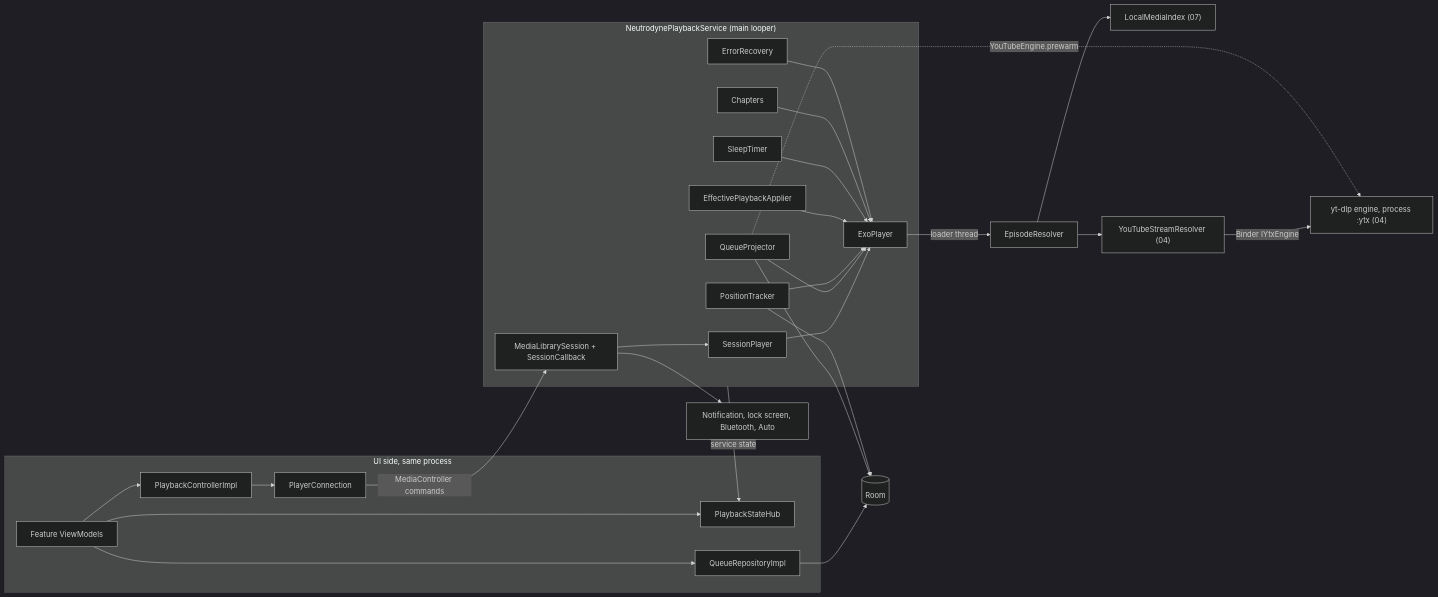
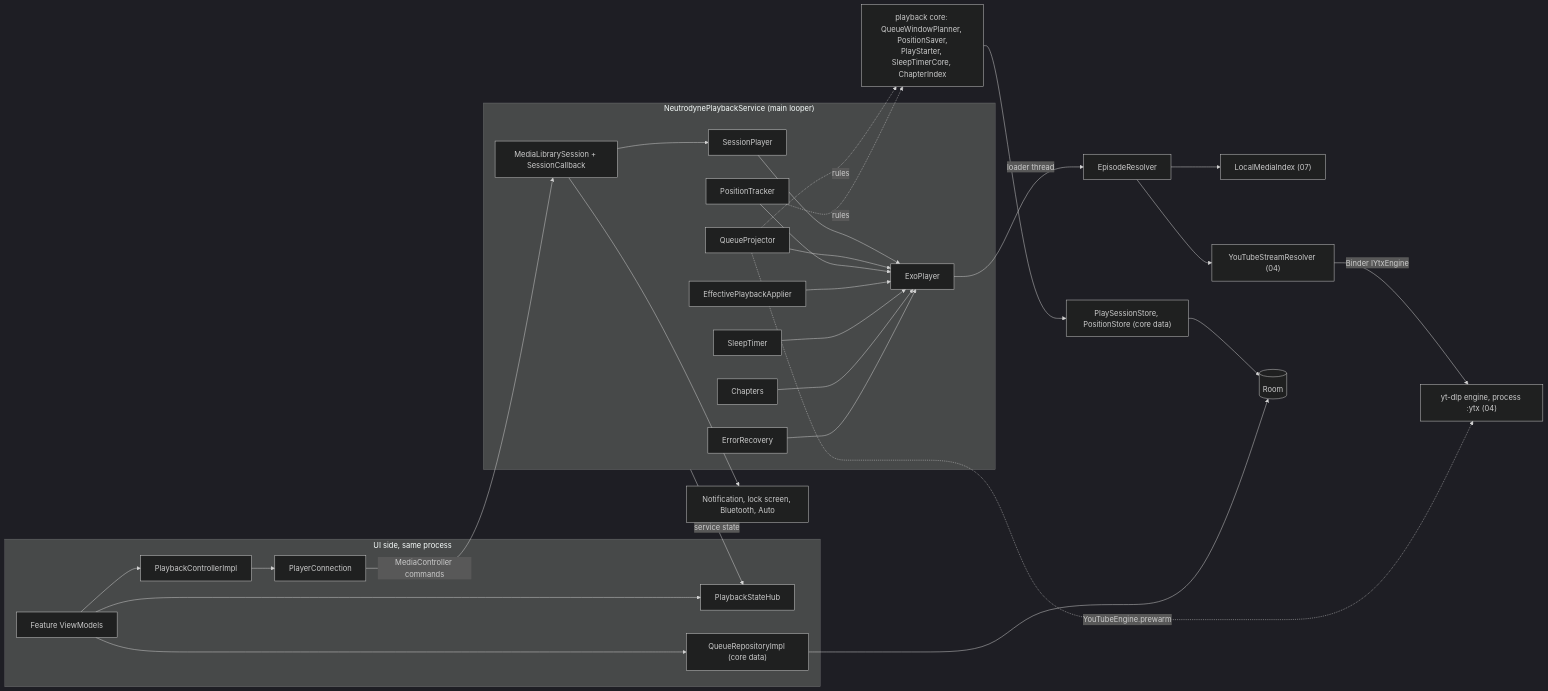
Before and after one commit to BigBoyDevBox/Neutrodyne: the second of 8 diagrams in docs/design/06-playback.md, drawn with Mermaid (dark theme). The commit also changed other lines of this file and 2 other files, not shown here.

````diff
--- a/docs/design/06-playback.md
+++ b/docs/design/06-playback.md
@@ -226,30 +368,32 @@
 ```mermaid
 flowchart LR
   subgraph UI["UI side, same process"]
     VM["Feature ViewModels"] --> PC["PlaybackControllerImpl"]
     VM --> HUB["PlaybackStateHub"]
-    VM --> QR["QueueRepositoryImpl"]
+    VM --> QR["QueueRepositoryImpl (core data)"]
     PC --> CONN["PlayerConnection"]
   end
   subgraph SVC["NeutrodynePlaybackService (main looper)"]
     SESS["MediaLibrarySession + SessionCallback"] --> SP["SessionPlayer"]
     SP --> EXO["ExoPlayer"]
     PROJ["QueueProjector"] --> EXO
     POS["PositionTracker"] --> EXO
     APP["EffectivePlaybackApplier"] --> EXO
     SLP["SleepTimer"] --> EXO
     CH["Chapters"] --> EXO
     ERR["ErrorRecovery"] --> EXO
   end
   CONN -->|"MediaController commands"| SESS
   EXO -->|"loader thread"| RES["EpisodeResolver"]
   RES --> LMI["LocalMediaIndex (07)"]
   RES --> YT["YouTubeStreamResolver (04)"]
   YT -->|"Binder IYtxEngine"| YTX["yt-dlp engine, process :ytx (04)"]
   PROJ -.->|"YouTubeEngine.prewarm"| YTX
-  PROJ --> DB[("Room")]
-  POS --> DB
+  PROJ -.->|"rules"| CORE["playback core: QueueWindowPlanner, PositionSaver,<br/>PlayStarter, SleepTimerCore, ChapterIndex"]
+  POS -.->|"rules"| CORE
+  CORE --> ST["PlaySessionStore, PositionStore (core data)"]
+  ST --> DB[("Room")]
   QR --> DB
   SVC -->|"service state"| HUB
   SESS --> SYS["Notification, lock screen, Bluetooth, Auto"]
 ```
````
